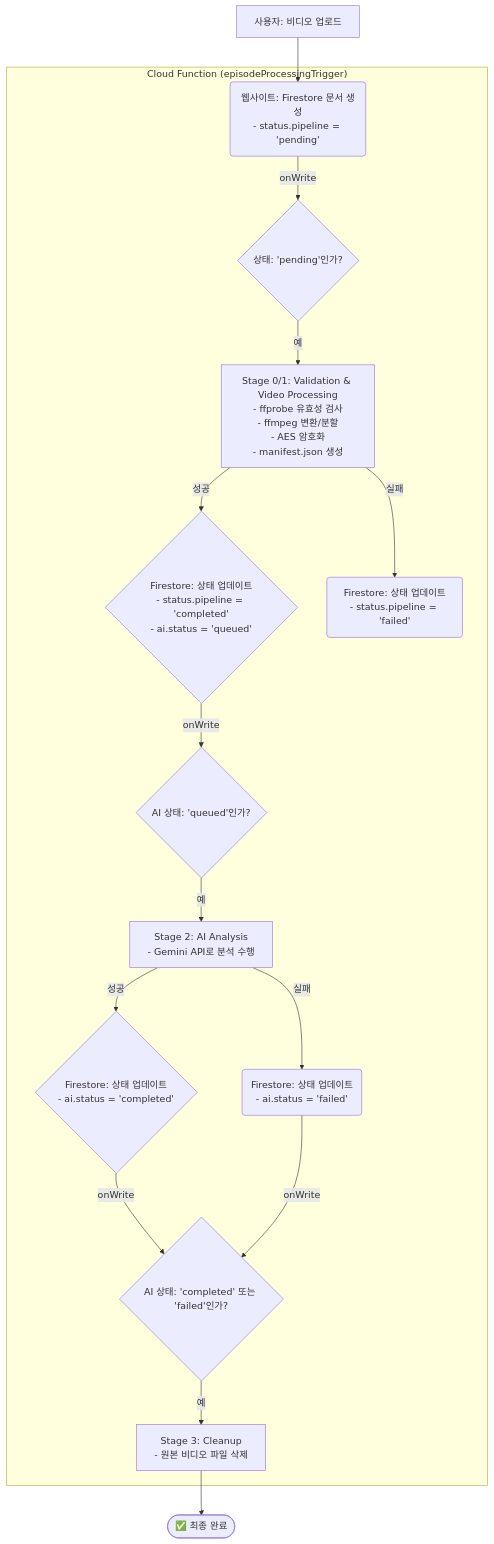
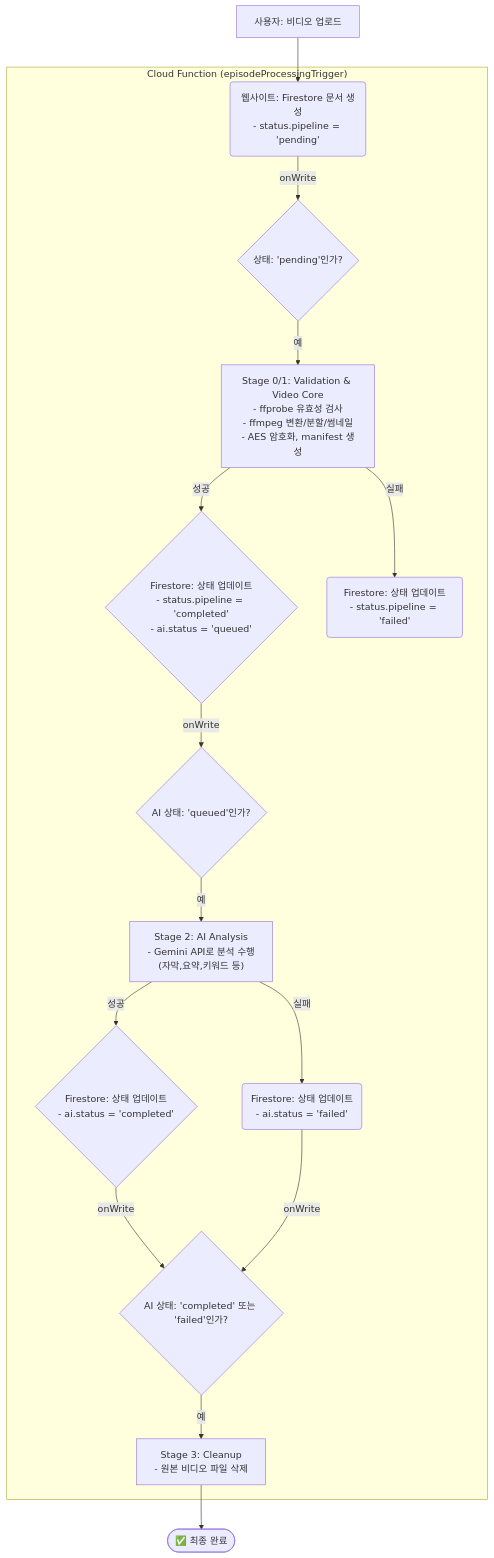
Before and after one commit to gylee79/llinestream: the diagram in docs/system-workflow.md, drawn with Mermaid. The commit also changed other lines of this file and 3 other files, not shown here.

````diff
--- a/docs/system-workflow.md
+++ b/docs/system-workflow.md
@@ -14,22 +14,22 @@
 ```mermaid
 graph TD
     A[사용자: 비디오 업로드] --> B(웹사이트: Firestore 문서 생성<br/>- status.pipeline = 'pending');
     
     subgraph "Cloud Function (episodeProcessingTrigger)"
         B -- onWrite --> C{상태: 'pending'인가?};
-        C -- 예 --> D["Stage 0/1: Validation & Video Processing<br/>- ffprobe 유효성 검사<br/>- ffmpeg 변환/분할<br/>- AES 암호화<br/>- manifest.json 생성"];
+        C -- 예 --> D["Stage 0/1: Validation & Video Core<br/>- ffprobe 유효성 검사<br/>- ffmpeg 변환/분할/썸네일<br/>- AES 암호화, manifest 생성"];
         D -- 성공 --> E{Firestore: 상태 업데이트<br/>- status.pipeline = 'completed'<br/>- ai.status = 'queued'};
         D -- 실패 --> F(Firestore: 상태 업데이트<br/>- status.pipeline = 'failed');
         
         E -- onWrite --> G{AI 상태: 'queued'인가?};
-        G -- 예 --> H["Stage 2: AI Analysis<br/>- Gemini API로 분석 수행"];
+        G -- 예 --> H["Stage 2: AI Analysis<br/>- Gemini API로 분석 수행<br/>(자막,요약,키워드 등)"];
         H -- 성공 --> I{Firestore: 상태 업데이트<br/>- ai.status = 'completed'};
         H -- 실패 --> J(Firestore: 상태 업데이트<br/>- ai.status = 'failed');
         
         I -- onWrite --> K{AI 상태: 'completed' 또는 'failed'인가?};
         J -- onWrite --> K;
         K -- 예 --> L["Stage 3: Cleanup<br/>- 원본 비디오 파일 삭제"];
     end
     
     L --> M([✅ 최종 완료]);
 ```
````
